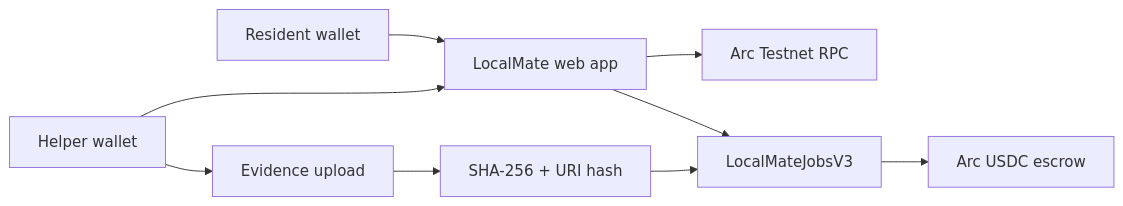
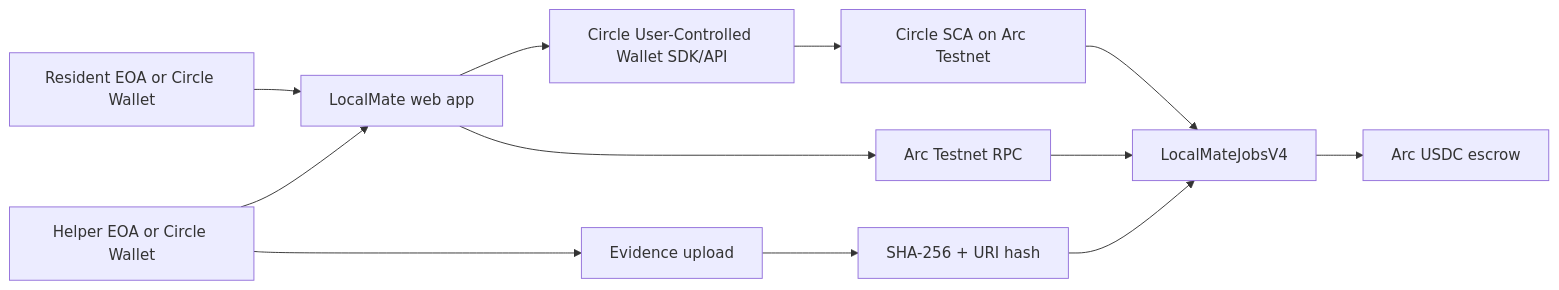
One commit to eaglebooth/LocalMate-Arc changed the diagram in ARCHITECTURE.md. Above: the diagram before and after it, drawn with Mermaid. The commit also changed other lines of this file and 8 other files, not shown here.

Commit message:
Align V4 deployment and document Circle Wallet integration

````diff
--- a/ARCHITECTURE.md
+++ b/ARCHITECTURE.md
@@ -5,11 +5,14 @@
 ```mermaid
 flowchart LR
-  R[Resident wallet] --> UI[LocalMate web app]
-  H[Helper wallet] --> UI
+  R[Resident EOA or Circle Wallet] --> UI[LocalMate web app]
+  H[Helper EOA or Circle Wallet] --> UI
+  UI --> C[Circle User-Controlled Wallet SDK/API]
   UI --> RPC[Arc Testnet RPC]
-  UI --> V3[LocalMateJobsV3]
-  V3 --> U[Arc USDC escrow]
+  C --> SCA[Circle SCA on Arc Testnet]
+  SCA --> V4[LocalMateJobsV4]
+  RPC --> V4
+  V4 --> U[Arc USDC escrow]
   H --> E[Evidence upload]
   E --> HASH[SHA-256 + URI hash]
-  HASH --> V3
+  HASH --> V4
 ```
````
